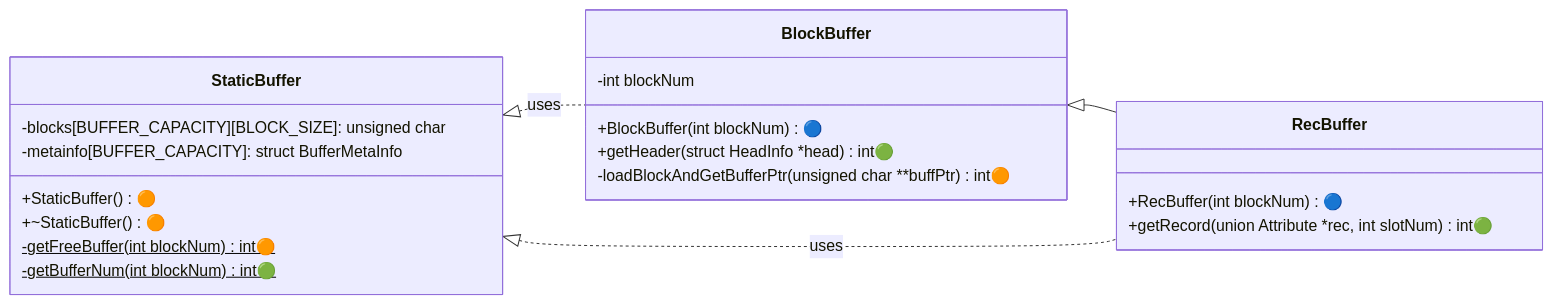
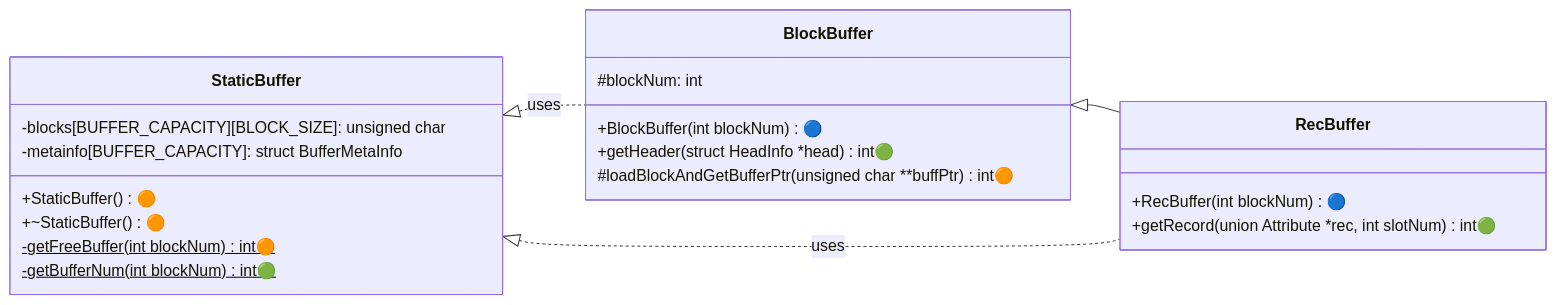
The first of 3 diagrams in docs/Roadmap/Stage03.md (NITCbase/nitcbase.github.io), drawn with Mermaid before and after one commit. The commit also changed 4 other files, not shown here.

````diff
--- a/docs/Roadmap/Stage03.md
+++ b/docs/Roadmap/Stage03.md
@@ -43,25 +43,25 @@
 ```mermaid
 classDiagram
   direction LR
   BlockBuffer <|-- RecBuffer
   StaticBuffer<|..RecBuffer : uses
   StaticBuffer<|..BlockBuffer : uses
   class RecBuffer{
     +RecBuffer(int blockNum) 🔵
     +getRecord(union Attribute *rec, int slotNum) int🟢
   }
   class BlockBuffer{
-    -int blockNum
+    #blockNum: int
     +BlockBuffer(int blockNum) 🔵
     +getHeader(struct HeadInfo *head) int🟢
-    -loadBlockAndGetBufferPtr(unsigned char **buffPtr) int🟠
+    #loadBlockAndGetBufferPtr(unsigned char **buffPtr) int🟠
   }
   class StaticBuffer{
     -blocks[BUFFER_CAPACITY][BLOCK_SIZE]: unsigned char
     -metainfo[BUFFER_CAPACITY]: struct BufferMetaInfo
     +StaticBuffer() 🟠
     +~StaticBuffer() 🟠
     -getFreeBuffer(int blockNum)$ int🟠
     -getBufferNum(int blockNum)$ int🟢
   }
 ```
````
